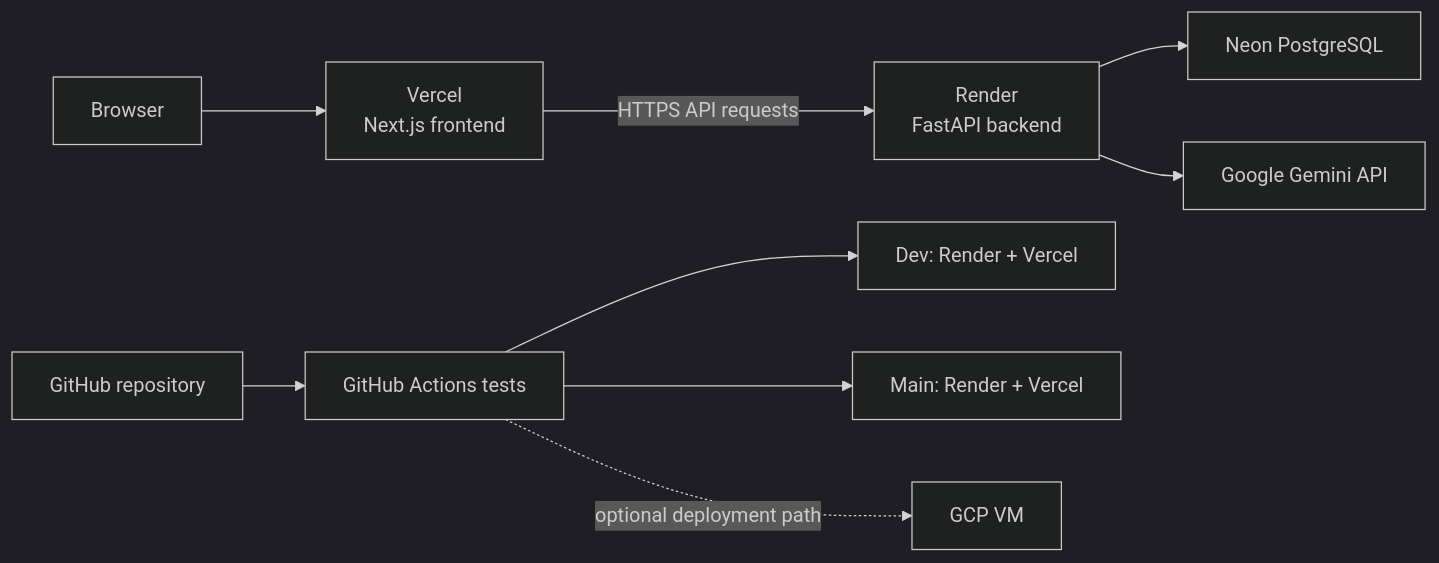
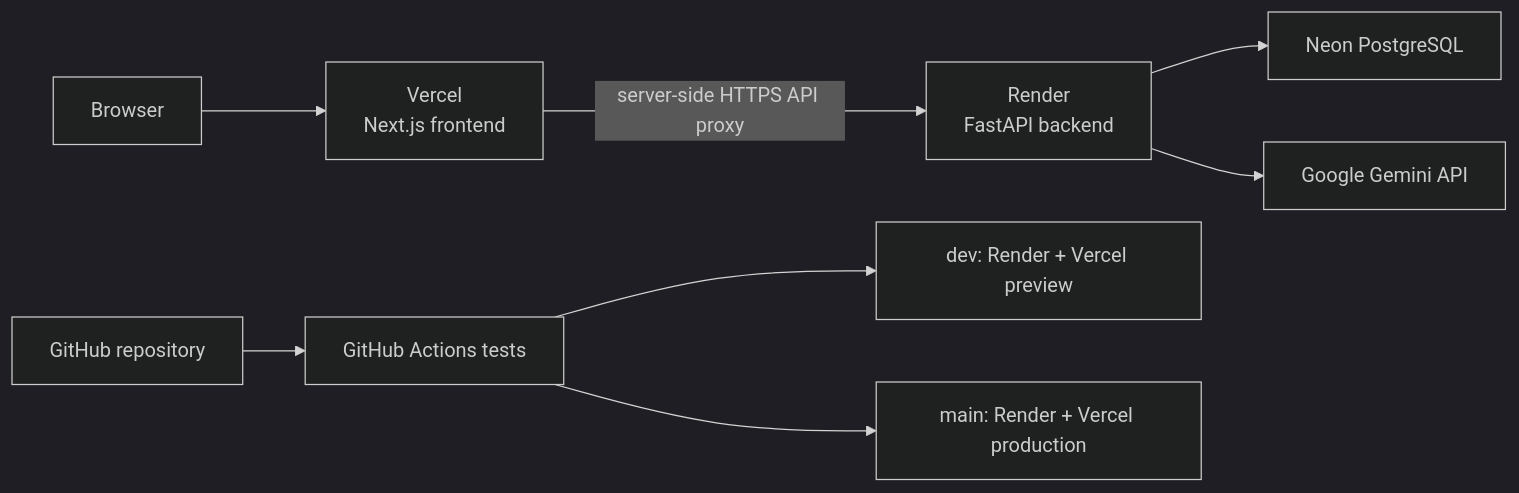
Before and after one commit to Ssaiyajin/careerops: the first of 3 diagrams in docs/architecture.md, drawn with Mermaid (dark theme). The commit also changed other lines of this file and 8 other files, not shown here.

Commit message:
Use Render and Vercel for main deployment

````diff
--- a/docs/architecture.md
+++ b/docs/architecture.md
@@ -12,18 +15,17 @@
 ```mermaid
 flowchart LR
     Browser["Browser"]
     Vercel["Vercel<br/>Next.js frontend"]
     Render["Render<br/>FastAPI backend"]
     Neon["Neon PostgreSQL"]
     Gemini["Google Gemini API"]
 
     Browser --> Vercel
-    Vercel -->|"HTTPS API requests"| Render
+    Vercel -->|"server-side HTTPS API proxy"| Render
     Render --> Neon
     Render --> Gemini
 
     Repo["GitHub repository"] --> Actions["GitHub Actions tests"]
-    Actions --> Dev["Dev: Render + Vercel"]
-    Actions --> Main["Main: Render + Vercel"]
-    Actions -. "optional deployment path" .-> GCP["GCP VM"]
+    Actions --> Dev["dev: Render + Vercel preview"]
+    Actions --> Main["main: Render + Vercel production"]
 ```
````
